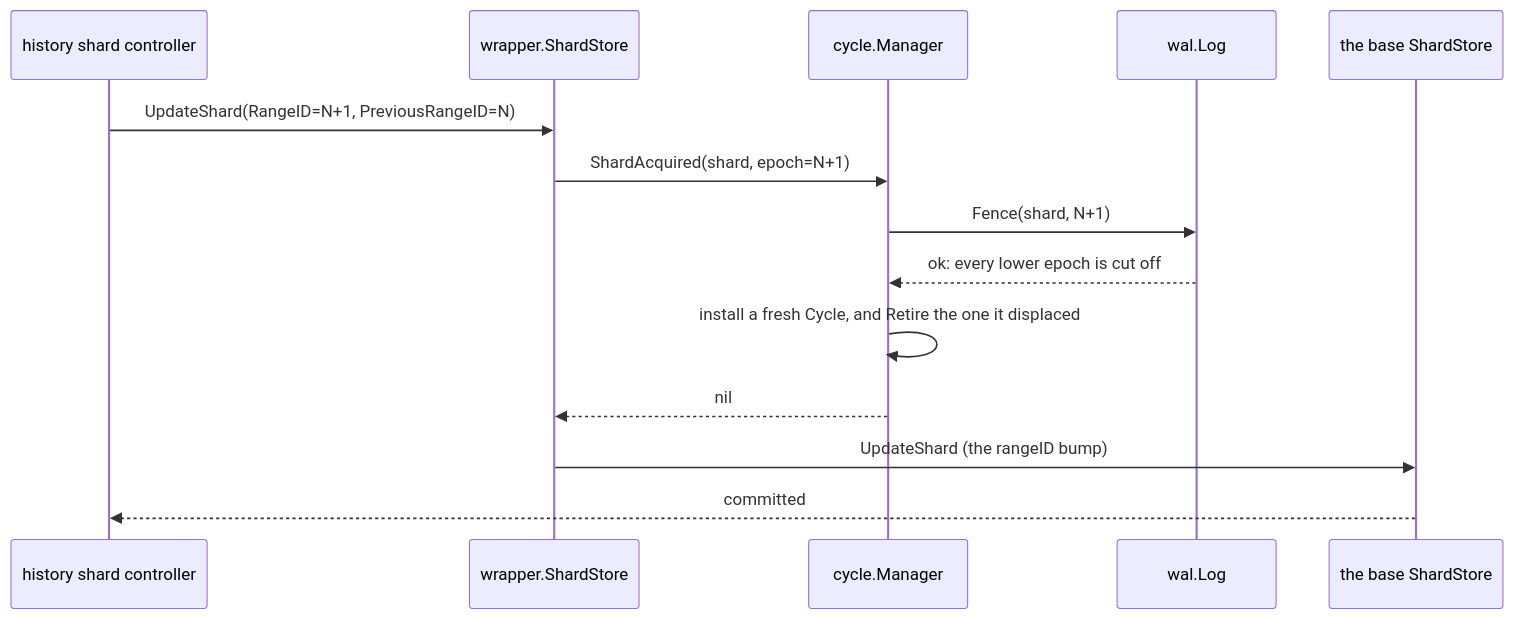
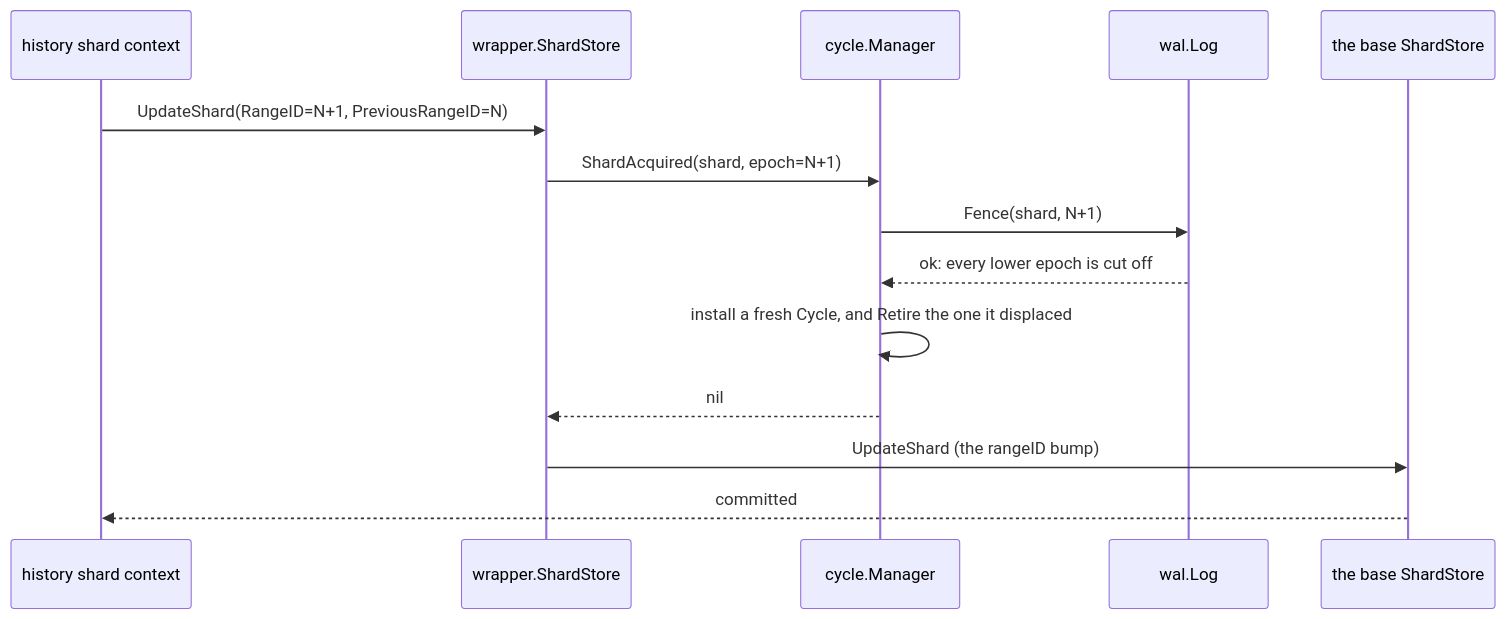
The first of 5 diagrams in docs/handbook/06-shard-lifecycle.md (aromanovich/waltz), drawn with Mermaid before and after one commit. The commit also changed other lines of this file and 28 other files, not shown here.

````diff
--- a/docs/handbook/06-shard-lifecycle.md
+++ b/docs/handbook/06-shard-lifecycle.md
@@ -96,16 +96,16 @@
 ```mermaid
 sequenceDiagram
-    participant SC as history shard controller
+    participant SC as history shard context
     participant WS as wrapper.ShardStore
     participant MG as cycle.Manager
     participant LOG as wal.Log
     participant BS as the base ShardStore
     SC->>WS: UpdateShard(RangeID=N+1, PreviousRangeID=N)
     WS->>MG: ShardAcquired(shard, epoch=N+1)
     MG->>LOG: Fence(shard, N+1)
     LOG-->>MG: ok: every lower epoch is cut off
     MG->>MG: install a fresh Cycle, and Retire the one it displaced
     MG-->>WS: nil
     WS->>BS: UpdateShard (the rangeID bump)
     BS-->>SC: committed
 ```
````
